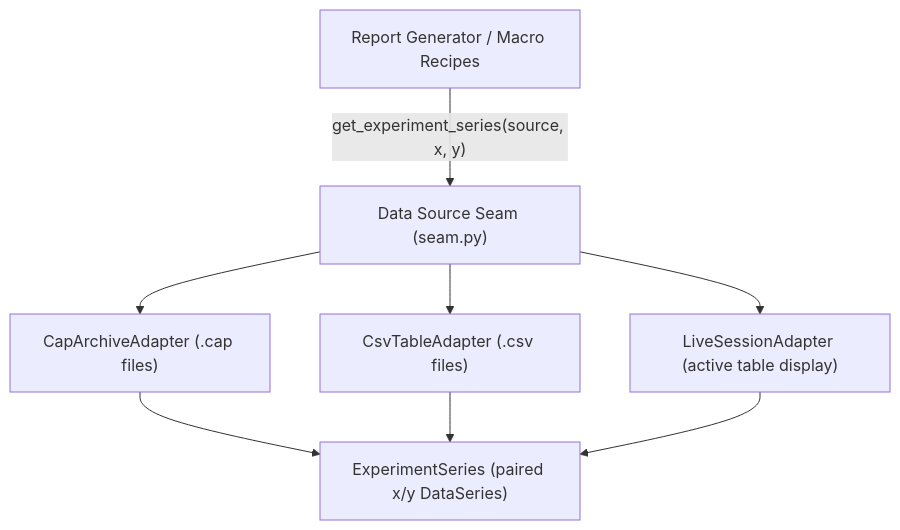
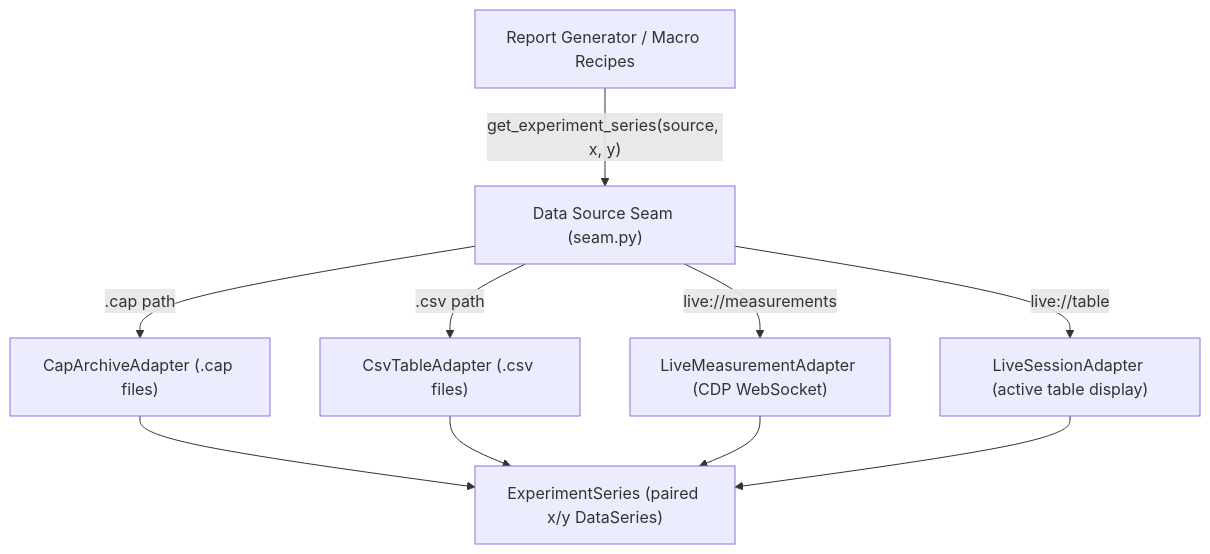
One commit to ji5zi5/capstone-mcp changed the third of 8 diagrams in docs/architecture.md. Above: the diagram before and after it, drawn with Mermaid. The commit also changed other lines of this file and 3 other files, not shown here.

Commit message:
docs(release): sync architecture and add live smoke test for phase 10 (#102)

````diff
--- a/docs/architecture.md
+++ b/docs/architecture.md
@@ -70,10 +70,12 @@
 ```mermaid
 flowchart TD
     Caller["Report Generator / Macro Recipes"] -->|"get_experiment_series(source, x, y)"| Seam["Data Source Seam (seam.py)"]
-    Seam --> Cap["CapArchiveAdapter (.cap files)"]
-    Seam --> Csv["CsvTableAdapter (.csv files)"]
-    Seam --> Live["LiveSessionAdapter (active table display)"]
+    Seam -->|".cap path"| Cap["CapArchiveAdapter (.cap files)"]
+    Seam -->|".csv path"| Csv["CsvTableAdapter (.csv files)"]
+    Seam -->|"live://measurements"| Telemetry["LiveMeasurementAdapter (CDP WebSocket)"]
+    Seam -->|"live://table"| Live["LiveSessionAdapter (active table display)"]
     Cap --> ExpSeries["ExperimentSeries (paired x/y DataSeries)"]
     Csv --> ExpSeries
+    Telemetry --> ExpSeries
     Live --> ExpSeries
 ```
````
